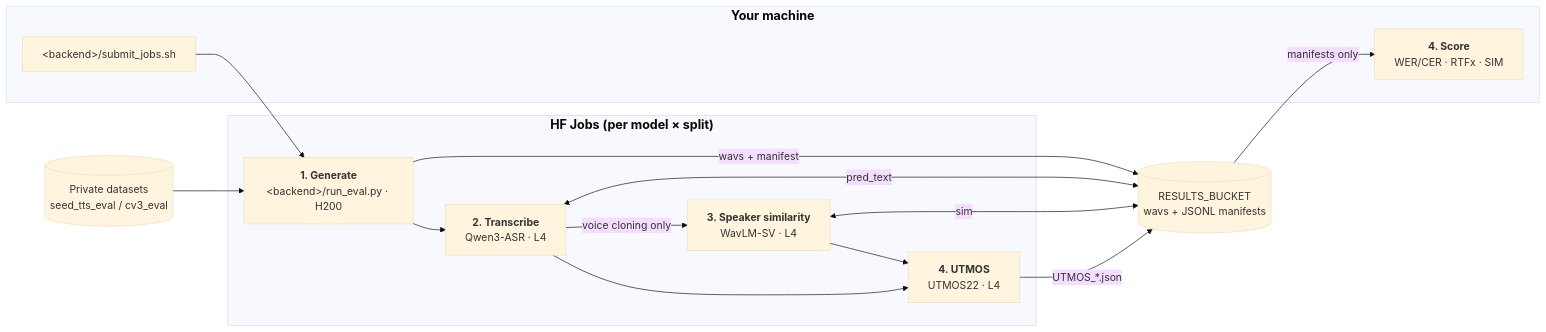
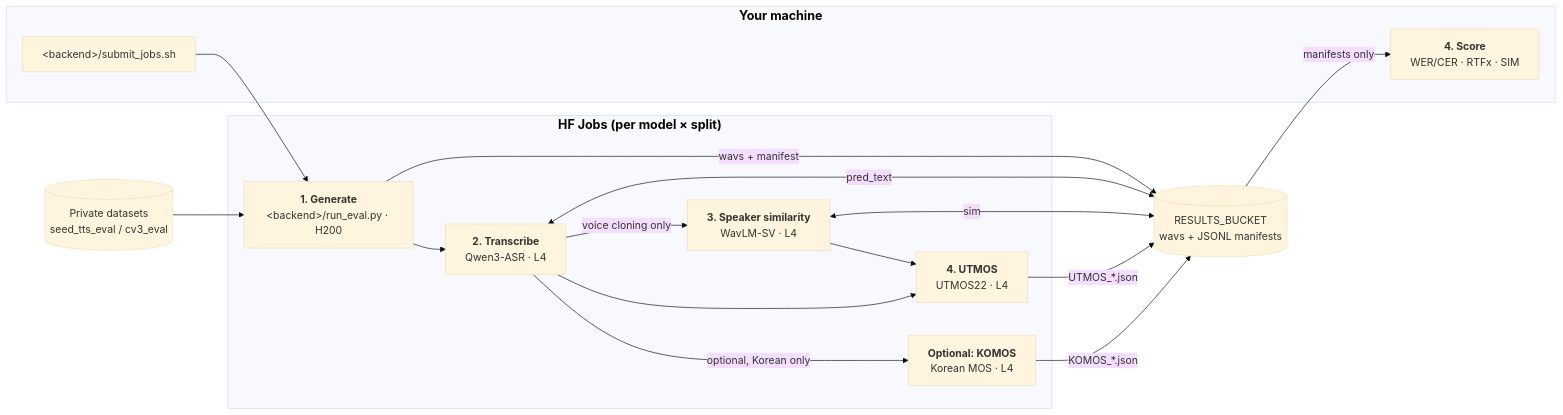
The first of 2 diagrams in README.md (huggingface/open-tts-leaderboard), drawn with Mermaid (base theme) before and after one commit. The commit also changed other lines of this file and 4 other files, not shown here.

First line of the commit message:
Add optional Korean KOMOS evaluation (#26)

````diff
--- a/README.md
+++ b/README.md
@@ -113,26 +113,29 @@
 ```mermaid
 flowchart LR
     subgraph local["<big><b>Your machine</b></big>"]
         submit["&lt;backend&gt;/submit_jobs.sh"]
         score["<b>4. Score</b><br/>WER/CER · RTFx · SIM"]
     end
 
     subgraph jobs["<big><b>HF Jobs (per model × split)</b></big>"]
         gen["<b>1. Generate</b><br/>&lt;backend&gt;/run_eval.py · H200"]
         asr["<b>2. Transcribe</b><br/>Qwen3-ASR · L4"]
         sim["<b>3. Speaker similarity</b><br/>WavLM-SV · L4"]
         utmos["<b>4. UTMOS</b><br/>UTMOS22 · L4"]
+        komos["<b>Optional: KOMOS</b><br/>Korean MOS · L4"]
     end
 
     ds[("Private datasets<br/>seed_tts_eval / cv3_eval")]
     bucket[("RESULTS_BUCKET<br/>wavs + JSONL manifests")]
 
     submit --> gen --> asr -->|voice cloning only| sim --> utmos
     asr --> utmos
+    asr -->|optional, Korean only| komos
     ds --> gen
     gen -->|wavs + manifest| bucket
     asr <-->|pred_text| bucket
     sim <-->|sim| bucket
     utmos -->|UTMOS_*.json| bucket
+    komos -->|KOMOS_*.json| bucket
     bucket -->|manifests only| score
 ```
````
